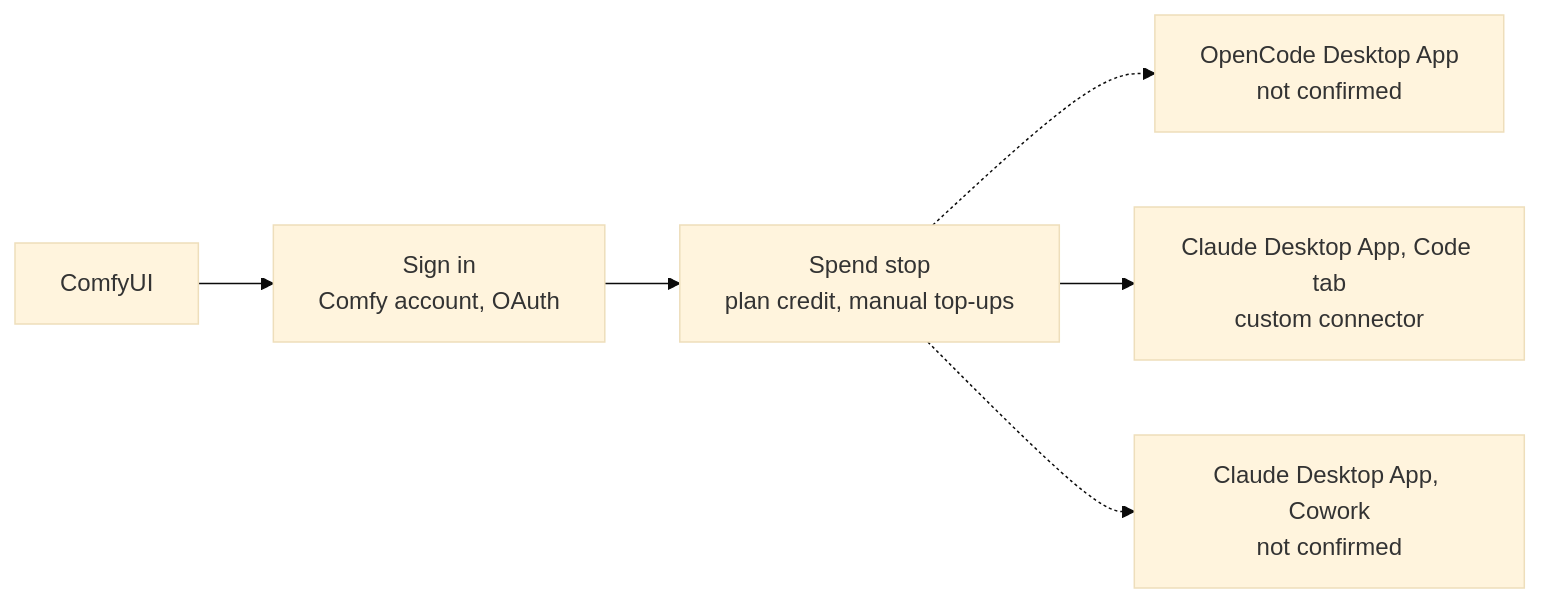
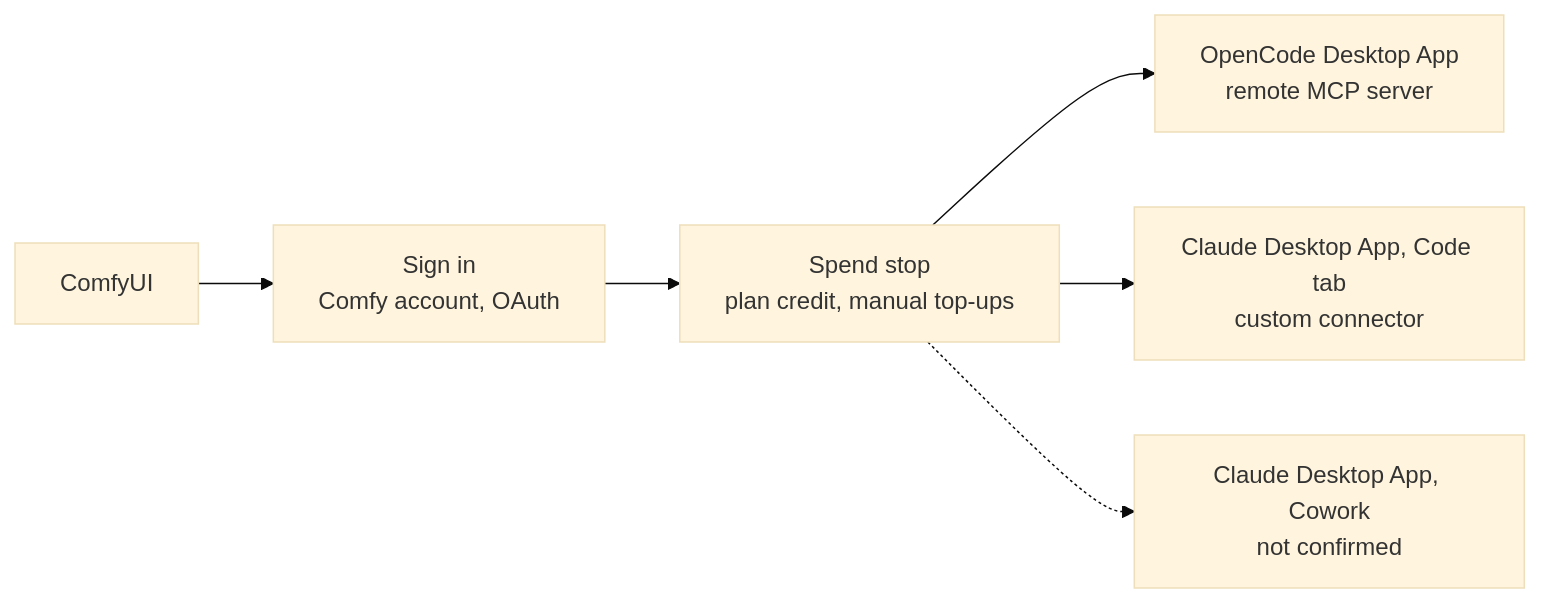
The diagram in guides/comfyui.md (SoulCraft-Org/compute-crafter), drawn with Mermaid (base theme) before and after one commit. The commit also changed other lines of this file and 12 other files, not shown here.

Commit message:
🎨 Guides batch 3, review round 1: Code tab cites, restored cites and traps, ComfyUI on OpenCode

````diff
--- a/guides/comfyui.md
+++ b/guides/comfyui.md
@@ -5,7 +5,7 @@
 ```mermaid
 flowchart LR
   P[ComfyUI] --> S[Sign in<br/>Comfy account, OAuth] --> G[Spend stop<br/>plan credit, manual top-ups]
-  G -.-> O[OpenCode Desktop App<br/>not confirmed]
+  G --> O[OpenCode Desktop App<br/>remote MCP server]
   G --> C[Claude Desktop App, Code tab<br/>custom connector]
   G -.-> W[Claude Desktop App, Cowork<br/>not confirmed]
 ```
````
